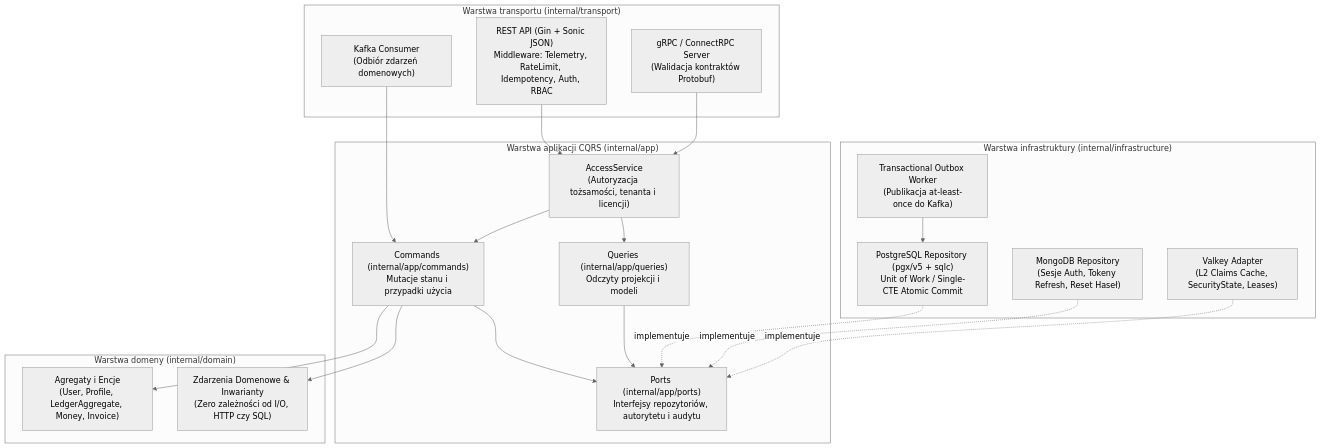
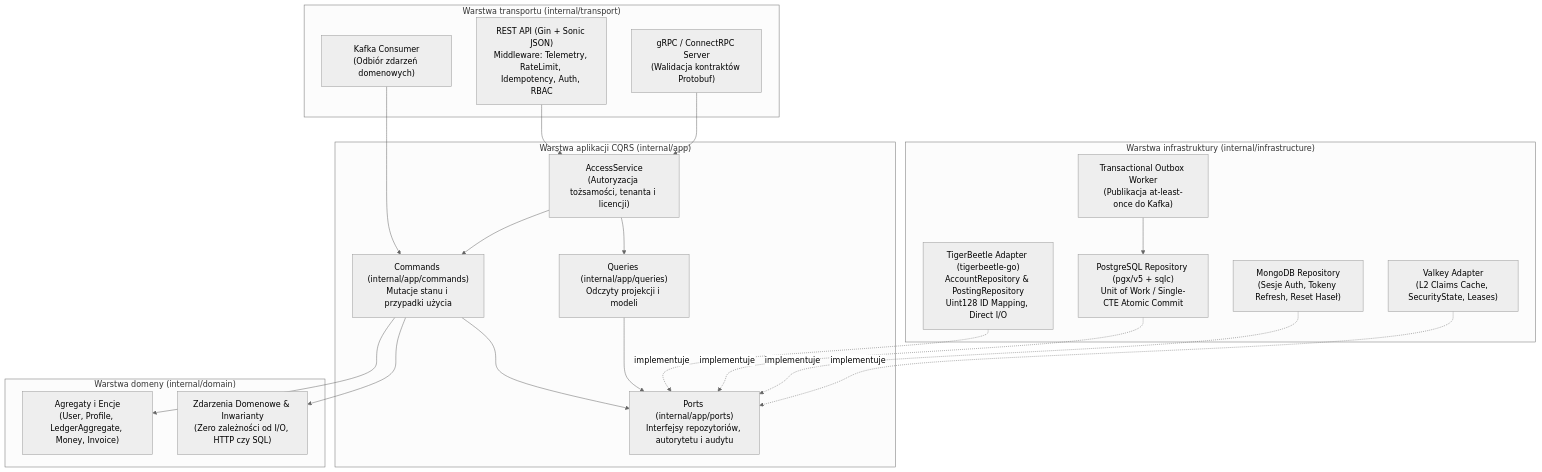
Before and after one commit to mateusz-kacpura/integra-core: the diagram in docs/03-global-architecture/3.3-clean-architecture-and-cqrs.pl.md, drawn with Mermaid (neutral theme). The commit also changed 27 other files, not shown here.

Commit message:
docs(core): update architecture and technical documentation with TigerBeetle ledger and performance optimizations

````diff
--- a/docs/03-global-architecture/3.3-clean-architecture-and-cqrs.pl.md
+++ b/docs/03-global-architecture/3.3-clean-architecture-and-cqrs.pl.md
@@ -9,42 +9,44 @@
 ```mermaid
 flowchart TB
     subgraph Transport["Warstwa transportu (internal/transport)"]
         REST["REST API (Gin + Sonic JSON)<br/>Middleware: Telemetry, RateLimit, Idempotency, Auth, RBAC"]
         GRPC["gRPC / ConnectRPC Server<br/>(Walidacja kontraktów Protobuf)"]
         KafkaIn["Kafka Consumer<br/>(Odbiór zdarzeń domenowych)"]
     end
 
     subgraph AppLayer["Warstwa aplikacji CQRS (internal/app)"]
         Access["AccessService<br/>(Autoryzacja tożsamości, tenanta i licencji)"]
         Cmds["Commands (internal/app/commands)<br/>Mutacje stanu i przypadki użycia"]
         Qrys["Queries (internal/app/queries)<br/>Odczyty projekcji i modeli"]
         Ports["Ports (internal/app/ports)<br/>Interfejsy repozytoriów, autorytetu i audytu"]
     end
 
     subgraph DomainLayer["Warstwa domeny (internal/domain)"]
         Agg["Agregaty i Encje<br/>(User, Profile, LedgerAggregate, Money, Invoice)"]
         Events["Zdarzenia Domenowe & Inwarianty<br/>(Zero zależności od I/O, HTTP czy SQL)"]
     end
 
     subgraph InfraLayer["Warstwa infrastruktury (internal/infrastructure)"]
+        TB["TigerBeetle Adapter (tigerbeetle-go)<br/>AccountRepository & PostingRepository<br/>Uint128 ID Mapping, Direct I/O"]
         PG["PostgreSQL Repository (pgx/v5 + sqlc)<br/>Unit of Work / Single-CTE Atomic Commit"]
         MG["MongoDB Repository<br/>(Sesje Auth, Tokeny Refresh, Reset Haseł)"]
         VK["Valkey Adapter<br/>(L2 Claims Cache, SecurityState, Leases)"]
         OB["Transactional Outbox Worker<br/>(Publikacja at-least-once do Kafka)"]
     end
 
     REST --> Access
     GRPC --> Access
     KafkaIn --> Cmds
     Access --> Cmds
     Access --> Qrys
     Cmds --> Agg
     Cmds --> Events
     Cmds --> Ports
     Qrys --> Ports
+    TB -. "implementuje" .-> Ports
     PG -. "implementuje" .-> Ports
     MG -. "implementuje" .-> Ports
     VK -. "implementuje" .-> Ports
     OB --> PG
 
 ```
````
